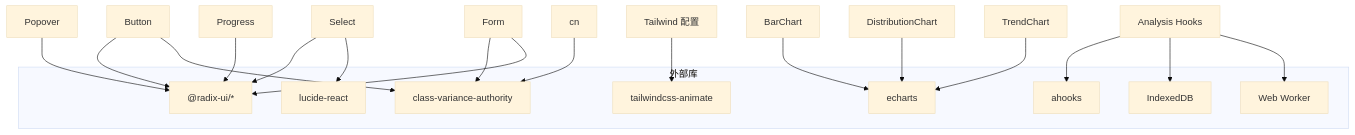
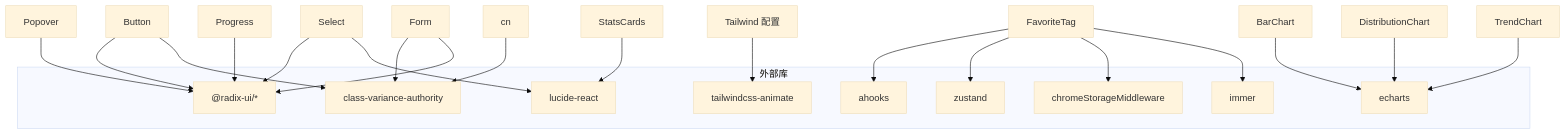
Before and after one commit to RadiumAg/bilibili-favorites: the eighth of 8 diagrams in .qoder/repowiki/zh/content/UI组件系统/UI组件系统.md, drawn with Mermaid (base theme). The commit also changed other lines of this file and 24 other files, not shown here.

````diff
--- a/.qoder/repowiki/zh/content/UI组件系统/UI组件系统.md
+++ b/.qoder/repowiki/zh/content/UI组件系统/UI组件系统.md
@@ -574,29 +800,32 @@
 ```mermaid
 graph TB
 subgraph "外部库"
 RUI["@radix-ui/*"]
 CVA["class-variance-authority"]
 LUCIDE["lucide-react"]
 ANI["tailwindcss-animate"]
+AH["ahooks"]
+ZUS["zustand"]
+IMMER["immer"]
+CSSM["chromeStorageMiddleware"]
 ECHARTS["echarts"]
-AHOOKS["ahooks"]
-IDB["IndexedDB"]
-WORKER["Web Worker"]
 end
 Btn["Button"] --> RUI
 Btn --> CVA
 Sel["Select"] --> RUI
 Sel --> LUCIDE
 Pop["Popover"] --> RUI
 Prog["Progress"] --> RUI
 Form["Form"] --> CVA
 Form --> RUI
 Utils["cn"] --> CVA
 TW["Tailwind 配置"] --> ANI
+FTag["FavoriteTag"] --> AH
+FTag --> ZUS
+FTag --> CSSM
+FTag --> IMMER
 BarChart["BarChart"] --> ECHARTS
 DistributionChart["DistributionChart"] --> ECHARTS
 TrendChart["TrendChart"] --> ECHARTS
-AnalysisHooks["Analysis Hooks"] --> AHOOKS
-AnalysisHooks --> IDB
-AnalysisHooks --> WORKER
+StatsCards["StatsCards"] --> LUCIDE
 ```
````
